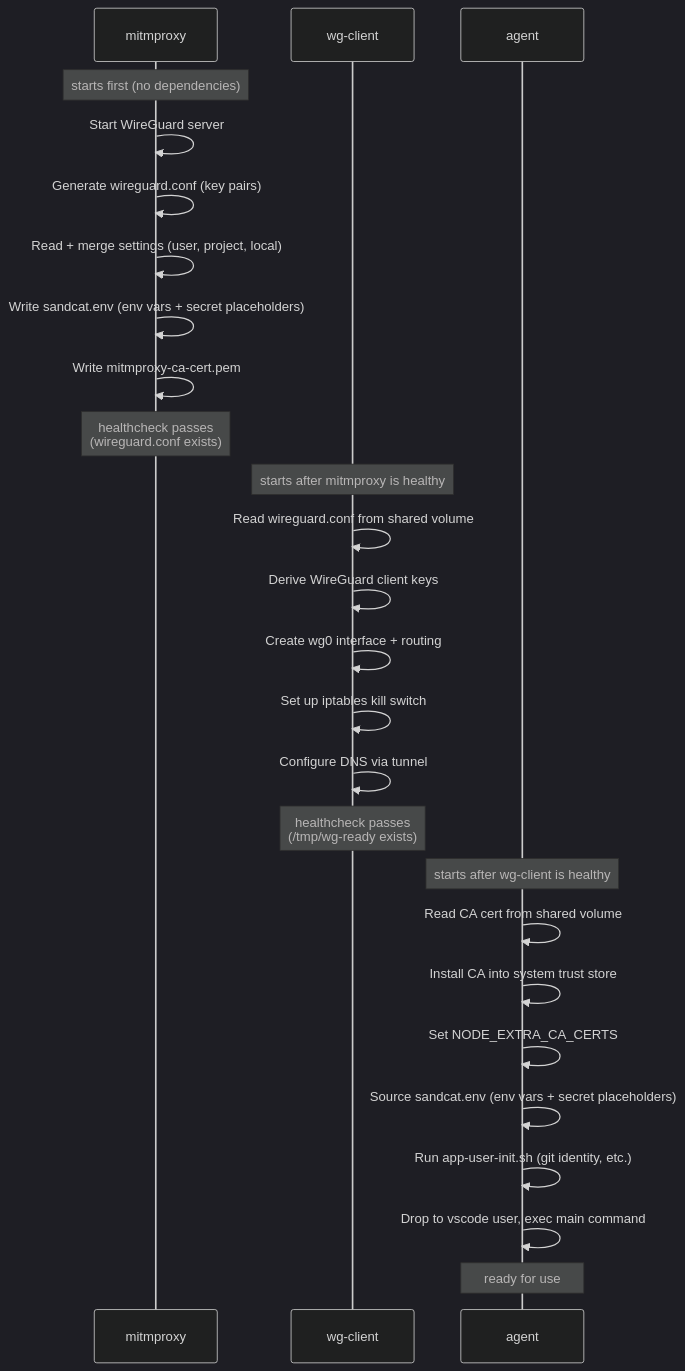
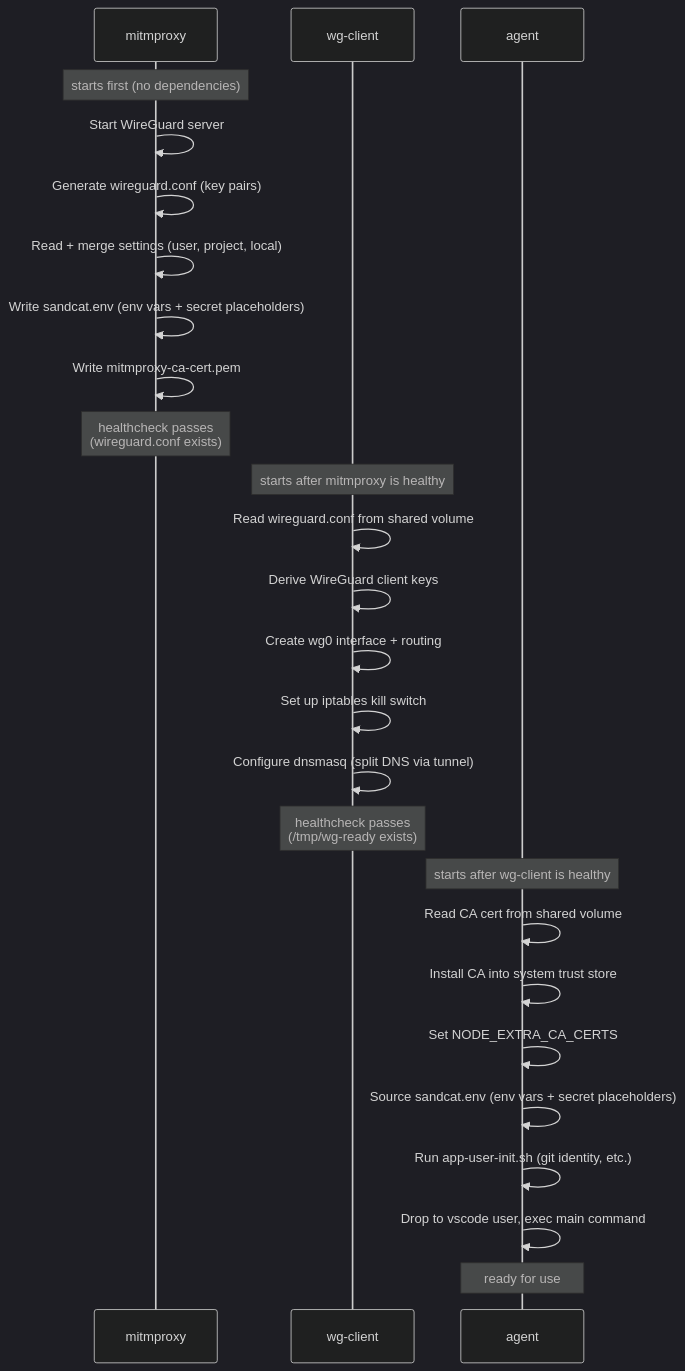
The third of 3 diagrams in README.md (VirtusLab/sandcat), drawn with Mermaid (dark theme) before and after one commit. The commit also changed other lines of this file and 41 other files, not shown here.

````diff
--- a/README.md
+++ b/README.md
@@ -671,31 +678,31 @@
 ```mermaid
 sequenceDiagram
     participant M as mitmproxy
     participant W as wg-client
     participant A as agent
 
     Note over M: starts first (no dependencies)
     M->>M: Start WireGuard server
     M->>M: Generate wireguard.conf (key pairs)
     M->>M: Read + merge settings (user, project, local)
     M->>M: Write sandcat.env (env vars + secret placeholders)
     M->>M: Write mitmproxy-ca-cert.pem
     Note over M: healthcheck passes<br/>(wireguard.conf exists)
 
     Note over W: starts after mitmproxy is healthy
     W->>W: Read wireguard.conf from shared volume
     W->>W: Derive WireGuard client keys
     W->>W: Create wg0 interface + routing
     W->>W: Set up iptables kill switch
-    W->>W: Configure DNS via tunnel
+    W->>W: Configure dnsmasq (split DNS via tunnel)
     Note over W: healthcheck passes<br/>(/tmp/wg-ready exists)
 
     Note over A: starts after wg-client is healthy
     A->>A: Read CA cert from shared volume
     A->>A: Install CA into system trust store
     A->>A: Set NODE_EXTRA_CA_CERTS
     A->>A: Source sandcat.env (env vars + secret placeholders)
     A->>A: Run app-user-init.sh (git identity, etc.)
     A->>A: Drop to vscode user, exec main command
     Note over A: ready for use
 ```
````
